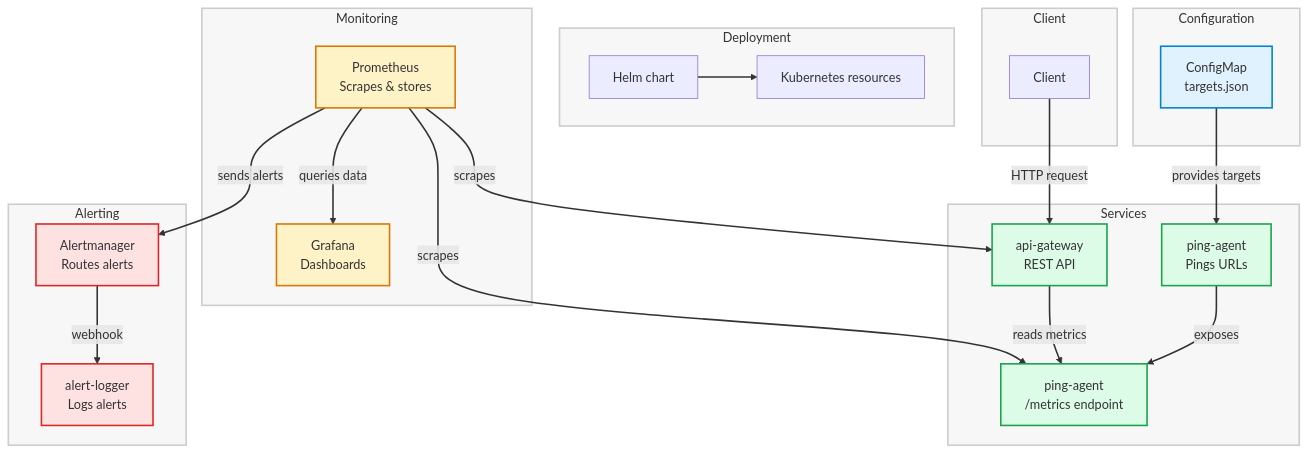
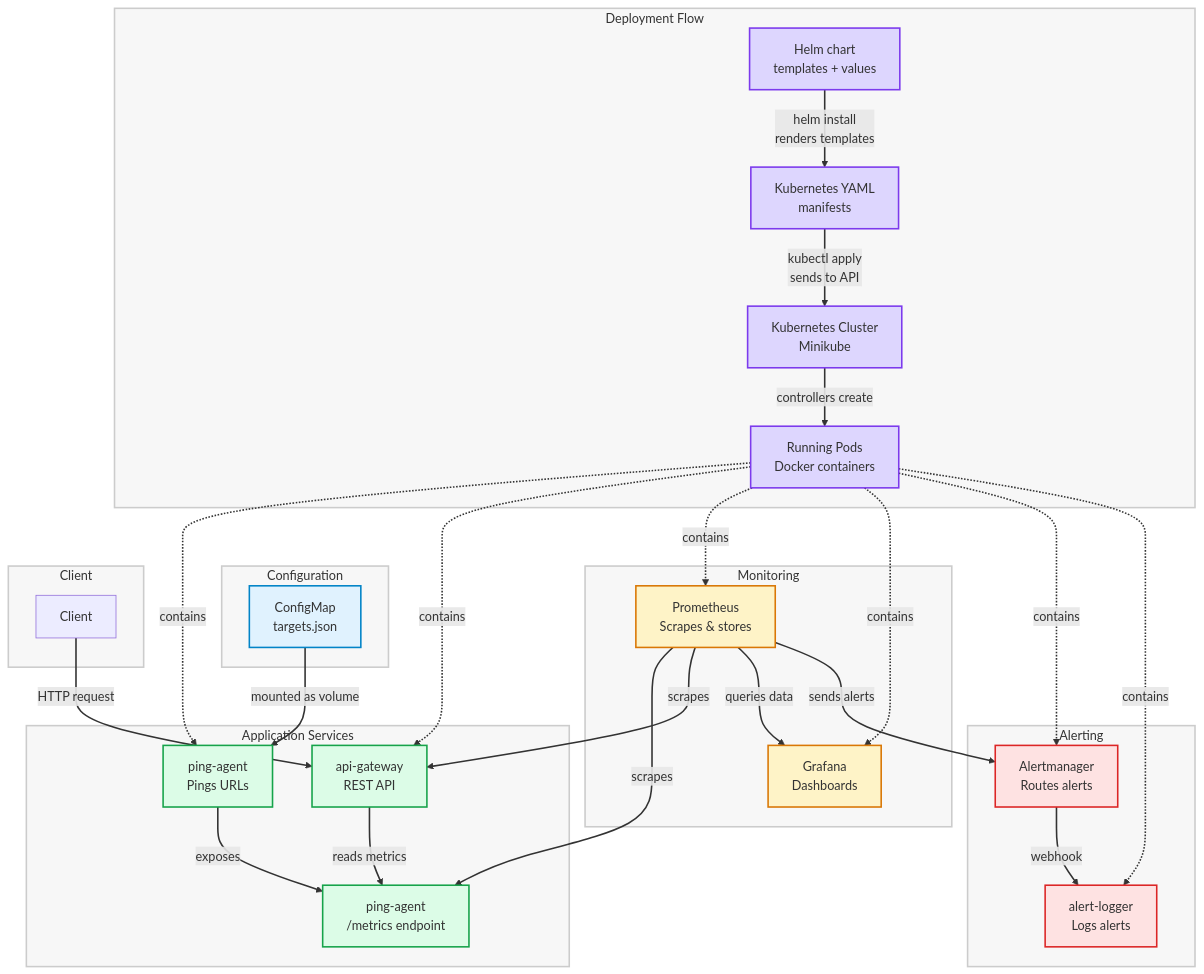
The diagram in README.md (fattah247/UpTimePulse), drawn with Mermaid before and after one commit.

Commit message:
docs: enhance flowchart to show deployment flow

````diff
--- a/README.md
+++ b/README.md
@@ -38,55 +38,68 @@
 ```mermaid
 flowchart TB
   linkStyle default stroke-width:2px
   classDef group fill:#f7f7f7,stroke:#cccccc,stroke-width:2px
+  classDef deploy fill:#ddd6fe,stroke:#7c3aed,stroke-width:2px
   classDef config fill:#e0f2fe,stroke:#0284c7,stroke-width:2px
   classDef service fill:#dcfce7,stroke:#16a34a,stroke-width:2px
   classDef monitoring fill:#fef3c7,stroke:#d97706,stroke-width:2px
   classDef alerting fill:#fee2e2,stroke:#dc2626,stroke-width:2px
 
-  subgraph Deploy["Deployment"]
-    helm[Helm chart]
-    k8s[Kubernetes resources]
-    helm --> k8s
+  subgraph Deploy["Deployment Flow"]
+    helm[Helm chart<br/>templates + values]
+    k8sYAML[Kubernetes YAML<br/>manifests]
+    k8sCluster[Kubernetes Cluster<br/>Minikube]
+    pods[Running Pods<br/>Docker containers]
+    helm -->|"helm install<br/>renders templates"| k8sYAML
+    k8sYAML -->|"kubectl apply<br/>sends to API"| k8sCluster
+    k8sCluster -->|"controllers create"| pods
   end
 
   subgraph Config["Configuration"]
     targets[ConfigMap<br/>targets.json]
   end
 
-  subgraph Services["Services"]
+  subgraph Services["Application Services"]
     ping[ping-agent<br/>Pings URLs]
     api[api-gateway<br/>REST API]
     metrics[ping-agent<br/>/metrics endpoint]
   end
 
   subgraph Monitoring["Monitoring"]
     prom[Prometheus<br/>Scrapes & stores]
     grafana[Grafana<br/>Dashboards]
   end
 
   subgraph Alerting["Alerting"]
     alert[Alertmanager<br/>Routes alerts]
     logger[alert-logger<br/>Logs alerts]
   end
 
   subgraph Client["Client"]
     client[Client]
   end
 
-  targets -->|"provides targets"| ping
+  targets -->|"mounted as volume"| ping
   ping -->|"exposes"| metrics
   client -->|"HTTP request"| api
   api -->|"reads metrics"| metrics
   prom -->|"scrapes"| metrics
   prom -->|"scrapes"| api
   prom -->|"queries data"| grafana
   prom -->|"sends alerts"| alert
   alert -->|"webhook"| logger
 
+  pods -.->|"contains"| ping
+  pods -.->|"contains"| api
+  pods -.->|"contains"| prom
+  pods -.->|"contains"| grafana
+  pods -.->|"contains"| alert
+  pods -.->|"contains"| logger
+
   class Deploy,Config,Services,Monitoring,Alerting,Client group
+  class helm,k8sYAML,k8sCluster,pods deploy
   class targets config
   class ping,api,metrics service
   class prom,grafana monitoring
   class alert,logger alerting
 ```
````
